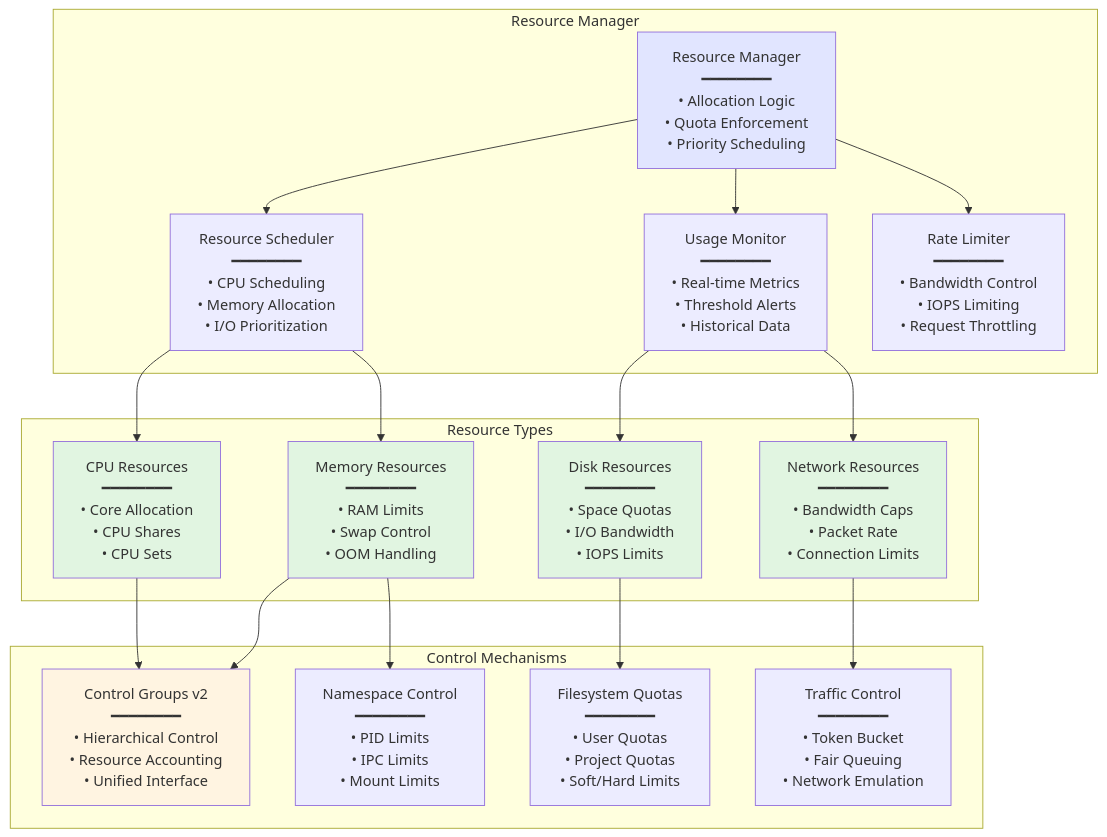
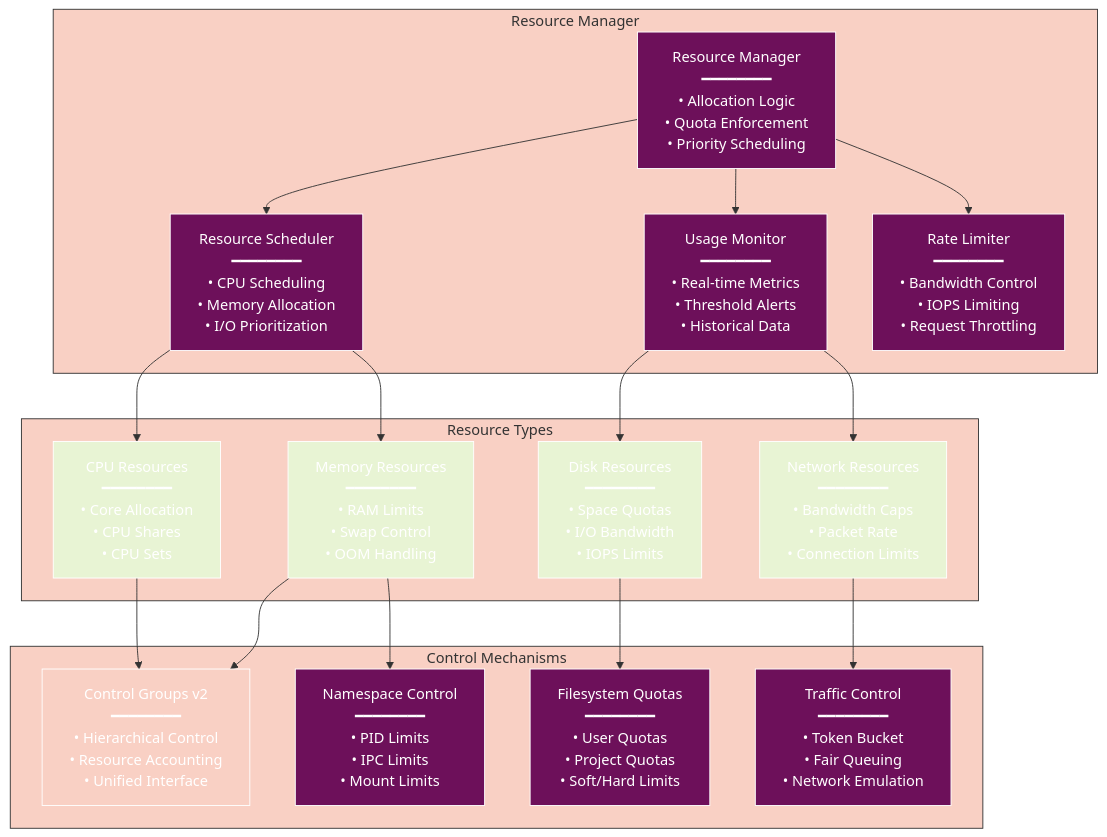
One commit to radicalkjax/Athena changed the eighth of 23 diagrams in docs/CONTAINER_ISOLATION.md. Above: the diagram before and after it, drawn with Mermaid. The commit also changed other lines of this file and 27 other files, not shown here.

Commit message:
Introduction of expo package manager. Updated docs to reflect changes. Unified mermaid theme for docs.

````diff
--- a/docs/CONTAINER_ISOLATION.md
+++ b/docs/CONTAINER_ISOLATION.md
@@ -409,45 +556,66 @@
 ```mermaid
+%%{init: {
+  'theme': 'base',
+  'themeVariables': {
+    'primaryColor': '#6d105a',
+    'primaryTextColor': '#ffffff',
+    'primaryBorderColor': '#ffffff',
+    'lineColor': '#333333',
+    'secondaryColor': '#e8f4d4',
+    'secondaryTextColor': '#333333',
+    'secondaryBorderColor': '#333333',
+    'tertiaryColor': '#f9d0c4',
+    'tertiaryTextColor': '#333333',
+    'tertiaryBorderColor': '#333333',
+    'background': '#ffffff',
+    'mainBkg': '#6d105a',
+    'secondBkg': '#e8f4d4',
+    'tertiaryBkg': '#f9d0c4',
+    'textColor': '#333333',
+    'fontFamily': 'Arial, sans-serif'
+  }
+}}%%
 graph TB
     subgraph "Resource Manager"
         RM[Resource Manager<br/>━━━━━━━━<br/>• Allocation Logic<br/>• Quota Enforcement<br/>• Priority Scheduling]
         Scheduler[Resource Scheduler<br/>━━━━━━━━<br/>• CPU Scheduling<br/>• Memory Allocation<br/>• I/O Prioritization]
         Monitor[Usage Monitor<br/>━━━━━━━━<br/>• Real-time Metrics<br/>• Threshold Alerts<br/>• Historical Data]
         Limiter[Rate Limiter<br/>━━━━━━━━<br/>• Bandwidth Control<br/>• IOPS Limiting<br/>• Request Throttling]
     end
     
     subgraph "Resource Types"
         CPU[CPU Resources<br/>━━━━━━━━<br/>• Core Allocation<br/>• CPU Shares<br/>• CPU Sets]
         Memory[Memory Resources<br/>━━━━━━━━<br/>• RAM Limits<br/>• Swap Control<br/>• OOM Handling]
         Disk[Disk Resources<br/>━━━━━━━━<br/>• Space Quotas<br/>• I/O Bandwidth<br/>• IOPS Limits]
         Network[Network Resources<br/>━━━━━━━━<br/>• Bandwidth Caps<br/>• Packet Rate<br/>• Connection Limits]
     end
     
     subgraph "Control Mechanisms"
         Cgroups[Control Groups v2<br/>━━━━━━━━<br/>• Hierarchical Control<br/>• Resource Accounting<br/>• Unified Interface]
         Quotas[Filesystem Quotas<br/>━━━━━━━━<br/>• User Quotas<br/>• Project Quotas<br/>• Soft/Hard Limits]
         TC[Traffic Control<br/>━━━━━━━━<br/>• Token Bucket<br/>• Fair Queuing<br/>• Network Emulation]
         NS[Namespace Control<br/>━━━━━━━━<br/>• PID Limits<br/>• IPC Limits<br/>• Mount Limits]
     end
     
     RM --> Scheduler
     RM --> Monitor
     RM --> Limiter
     
     Scheduler --> CPU
     Scheduler --> Memory
     Monitor --> Disk
     Monitor --> Network
     
     CPU --> Cgroups
     Memory --> Cgroups
     Disk --> Quotas
     Network --> TC
     Memory --> NS
     
-    style RM fill:#e1e5ff
-    style CPU fill:#e1f5e1
-    style Memory fill:#e1f5e1
-    style Disk fill:#e1f5e1
-    style Network fill:#e1f5e1
-    style Cgroups fill:#fff4e1
+    style RM fill:#6d105a
+    style CPU fill:#e8f4d4
+    style Memory fill:#e8f4d4
+    style Disk fill:#e8f4d4
+    style Network fill:#e8f4d4
+    style Cgroups fill:#f9d0c4
 ```
````
